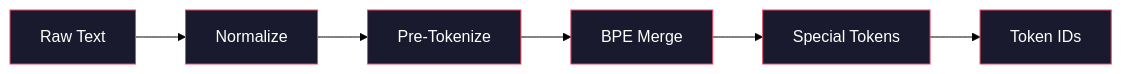
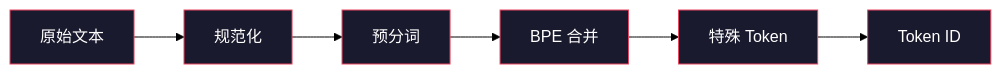
Before and after one commit to guangningsun/ailearning: the diagram in lessons/10-llms-from-scratch/02-building-a-tokenizer/docs/zh.md, drawn with Mermaid (forest theme). The commit also changed other lines of this file and 24 other files, not shown here.

````diff
--- a/lessons/10-llms-from-scratch/02-building-a-tokenizer/docs/zh.md
+++ b/lessons/10-llms-from-scratch/02-building-a-tokenizer/docs/zh.md
@@ -35,15 +35,15 @@
 ```mermaid
 graph LR
-    A[Raw Text] --> B[Normalize]
-    B --> C[Pre-Tokenize]
-    C --> D[BPE Merge]
-    D --> E[Special Tokens]
-    E --> F[Token IDs]
+    A[原始文本] --> B[规范化]
+    B --> C[预分词]
+    C --> D[BPE 合并]
+    D --> E[特殊 Token]
+    E --> F[Token ID]
 
     style A fill:#1a1a2e,stroke:#e94560,color:#fff
     style B fill:#1a1a2e,stroke:#e94560,color:#fff
     style C fill:#1a1a2e,stroke:#e94560,color:#fff
     style D fill:#1a1a2e,stroke:#e94560,color:#fff
     style E fill:#1a1a2e,stroke:#e94560,color:#fff
     style F fill:#1a1a2e,stroke:#e94560,color:#fff
 ```
````
